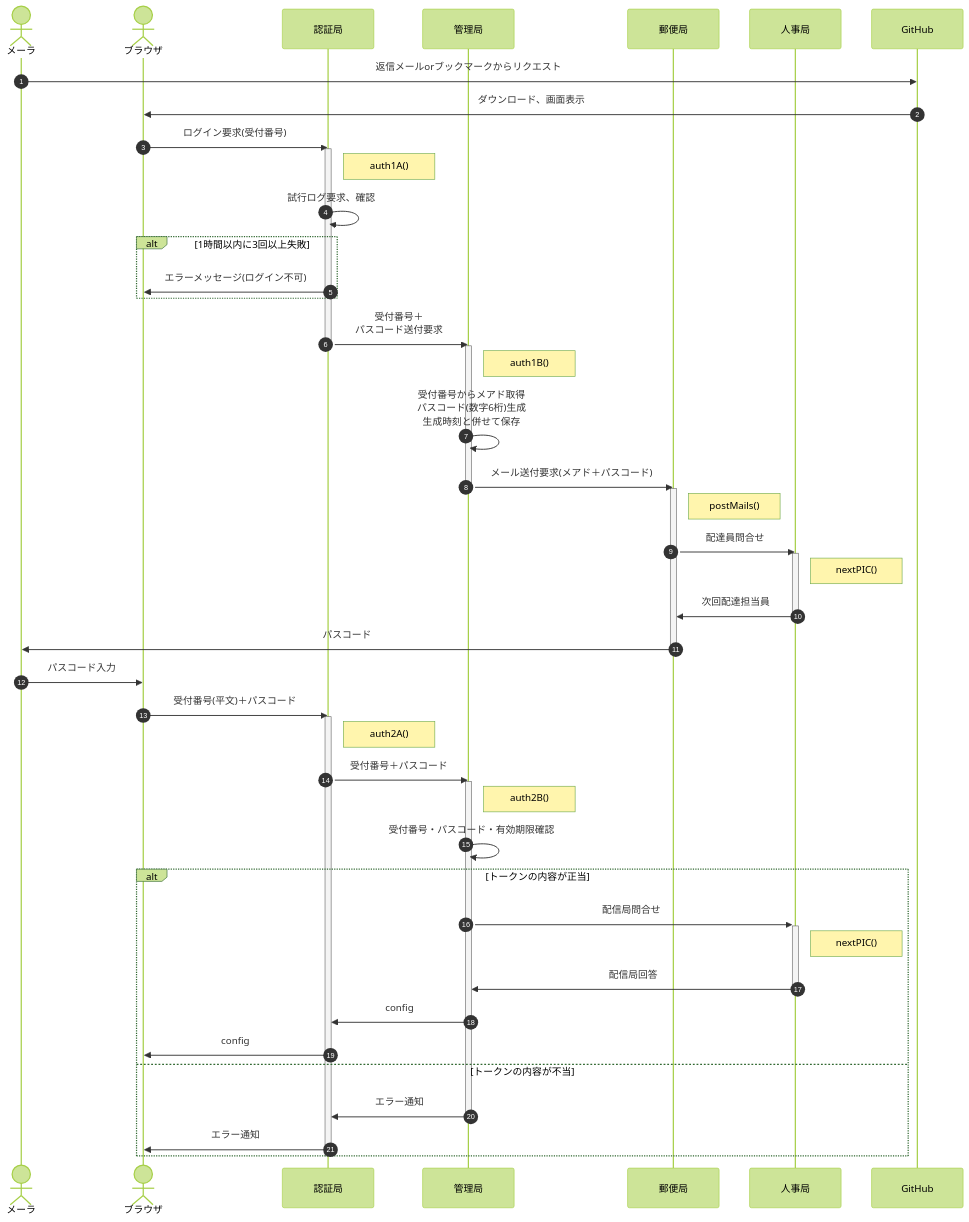
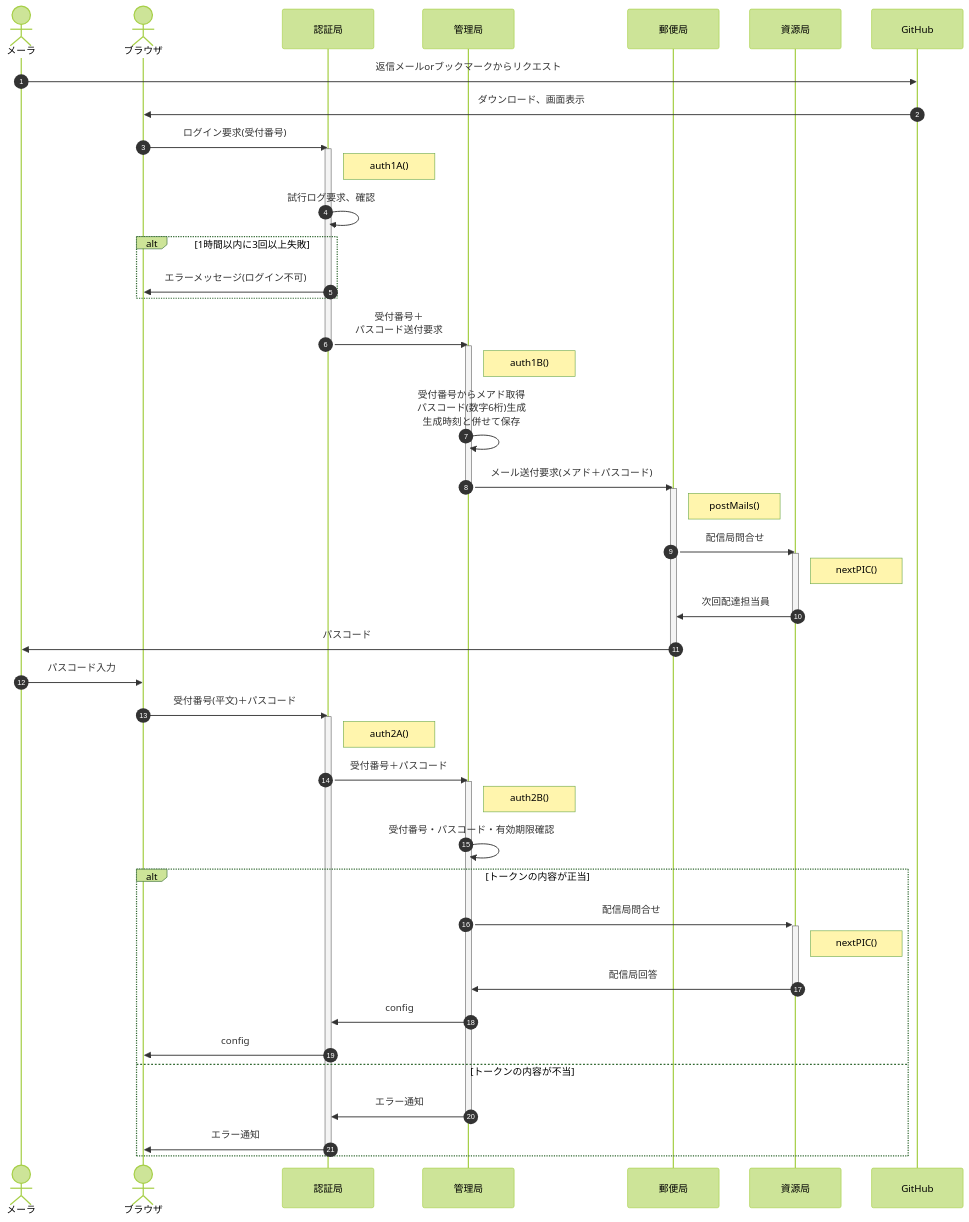
Before and after one commit to nakaone/EventStaff: the third of 5 diagrams in doc/server.md, drawn with Mermaid (forest theme). The commit also changed other lines of this file and 7 other files, not shown here.

````diff
--- a/doc/server.md
+++ b/doc/server.md
@@ -106,58 +133,58 @@
 ```mermaid
 sequenceDiagram
   autonumber
   actor mail as メーラ
   actor browser as ブラウザ
   participant auth as 認証局
   participant master as 管理局
   participant post as 郵便局
-  participant agency as 人事局
+  participant agency as 資源局
   participant git as GitHub
 
   mail->>git : 返信メールorブックマークからリクエスト
   git->>browser : ダウンロード、画面表示
 
   browser ->> auth : ログイン要求(受付番号)
   activate auth
   Note right of auth : auth1A()
   auth->>auth : 試行ログ要求、確認
   alt 1時間以内に3回以上失敗
     auth->>browser : エラーメッセージ(ログイン不可)
   end
   auth ->> master : 受付番号＋<br>パスコード送付要求
   deactivate auth
   activate master
   Note right of master : auth1B()
   master ->> master : 受付番号からメアド取得<br>パスコード(数字6桁)生成<br>生成時刻と併せて保存
   master ->> post : メール送付要求(メアド＋パスコード)
   deactivate master
   activate post
   Note right of post : postMails()
-  post ->> agency : 配達員問合せ
+  post ->> agency : 配信局問合せ
   activate agency
   Note right of agency : nextPIC()
   agency ->> post : 次回配達担当員
   deactivate agency
   post ->> mail : パスコード
   deactivate post
   mail ->> browser : パスコード入力
   browser ->> auth : 受付番号(平文)＋パスコード
   activate auth
   Note right of auth : auth2A()
   auth ->> master : 受付番号＋パスコード
   activate master
   Note right of master : auth2B()
   master ->> master : 受付番号・パスコード・有効期限確認
   alt トークンの内容が正当
     master ->>+ agency : 配信局問合せ
     Note right of agency : nextPIC()
     agency ->>- master : 配信局回答
     master ->> auth : config
     auth ->> browser : config
   else トークンの内容が不当
     master ->> auth : エラー通知
     deactivate master
     auth ->> browser : エラー通知
   end
   deactivate auth
 ```
````
